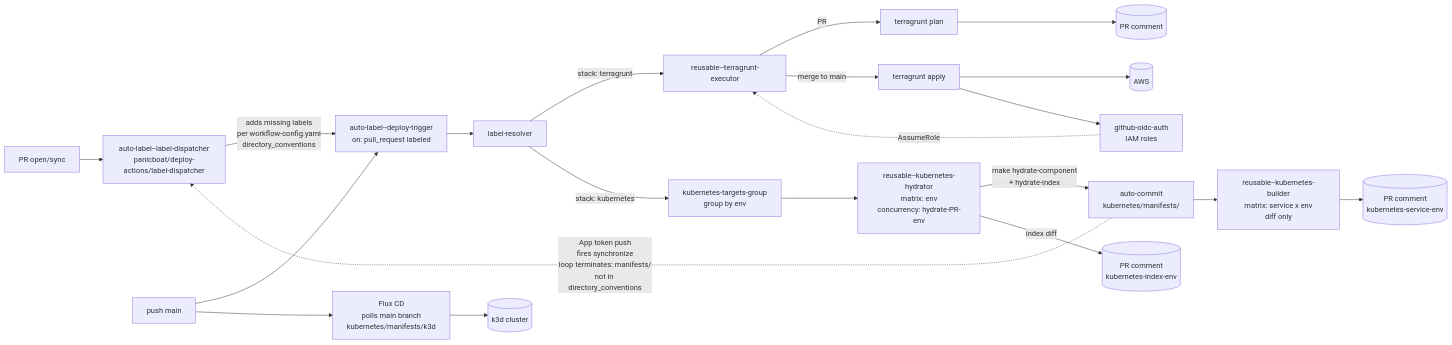
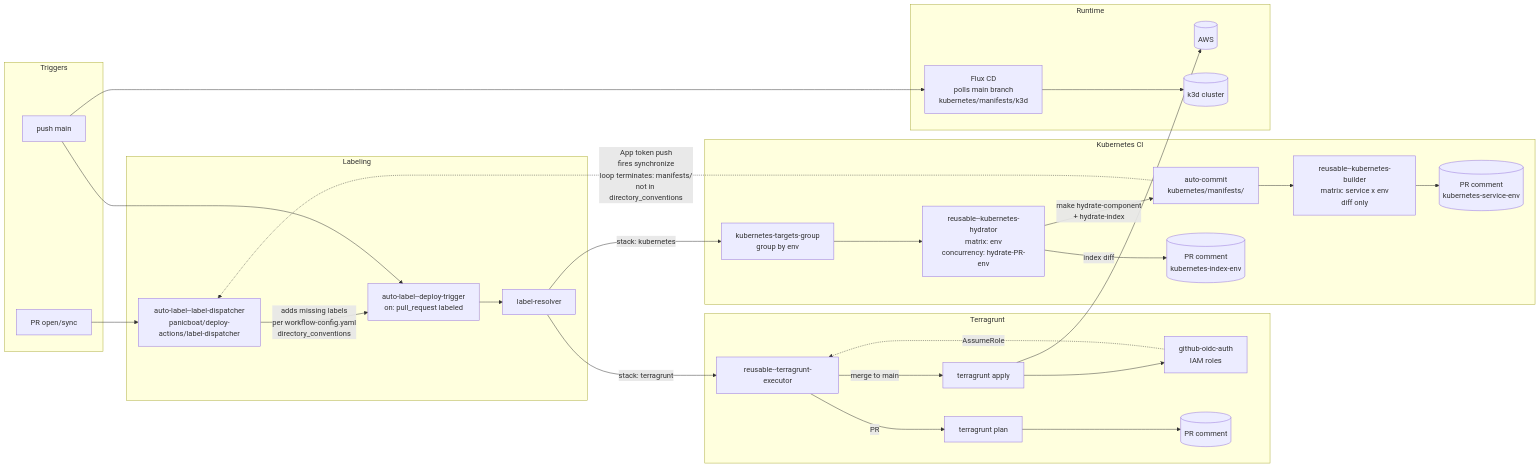
The diagram in README-ja.md (panicboat/platform), drawn with Mermaid before and after one commit. The commit also changed 1 other file, not shown here.

Commit message:
docs(readme): group pipeline mermaid by stage with subgraphs

````diff
--- a/README-ja.md
+++ b/README-ja.md
@@ -55,23 +55,57 @@
 ```mermaid
 flowchart LR
-  PRevent[PR open/sync] --> Dispatcher[auto-label--label-dispatcher<br/>panicboat/deploy-actions/label-dispatcher]
-  Dispatcher -->|adds missing labels<br/>per workflow-config.yaml<br/>directory_conventions| Trigger[auto-label--deploy-trigger<br/>on: pull_request labeled]
-  Mainpush[push main] --> Trigger
-  Trigger --> Resolver[label-resolver]
-  Resolver -->|stack: terragrunt| TG[reusable--terragrunt-executor]
-  TG -->|PR| Plan[terragrunt plan]
-  TG -->|merge to main| Apply[terragrunt apply]
-  Plan --> PRComment[(PR comment)]
-  Apply --> AWS[(AWS)]
-  Apply --> OIDC[github-oidc-auth<br/>IAM roles]
+  subgraph Triggers
+    PRevent[PR open/sync]
+    Mainpush[push main]
+  end
+
+  subgraph Labeling
+    Dispatcher[auto-label--label-dispatcher<br/>panicboat/deploy-actions/label-dispatcher]
+    Trigger[auto-label--deploy-trigger<br/>on: pull_request labeled]
+    Resolver[label-resolver]
+  end
+
+  subgraph Terragrunt
+    TG[reusable--terragrunt-executor]
+    Plan[terragrunt plan]
+    Apply[terragrunt apply]
+    OIDC[github-oidc-auth<br/>IAM roles]
+    PRComment[(PR comment)]
+  end
+
+  subgraph KubernetesCI [Kubernetes CI]
+    Group[kubernetes-targets-group<br/>group by env]
+    Hydrator[reusable--kubernetes-hydrator<br/>matrix: env<br/>concurrency: hydrate-PR-env]
+    Commit[auto-commit<br/>kubernetes/manifests/]
+    Builder[reusable--kubernetes-builder<br/>matrix: service x env<br/>diff only]
+    IndexComment[(PR comment<br/>kubernetes-index-env)]
+    CompComment[(PR comment<br/>kubernetes-service-env)]
+  end
+
+  subgraph Runtime
+    AWS[(AWS)]
+    FluxCD[Flux CD<br/>polls main branch<br/>kubernetes/manifests/k3d]
+    Cluster[(k3d cluster)]
+  end
+
+  PRevent --> Dispatcher
+  Dispatcher -->|adds missing labels<br/>per workflow-config.yaml<br/>directory_conventions| Trigger
+  Mainpush --> Trigger
+  Trigger --> Resolver
+  Resolver -->|stack: terragrunt| TG
+  TG -->|PR| Plan
+  TG -->|merge to main| Apply
+  Plan --> PRComment
+  Apply --> AWS
+  Apply --> OIDC
   OIDC -.->|AssumeRole| TG
-  Resolver -->|stack: kubernetes| Group[kubernetes-targets-group<br/>group by env]
-  Group --> Hydrator[reusable--kubernetes-hydrator<br/>matrix: env<br/>concurrency: hydrate-PR-env]
-  Hydrator -->|make hydrate-component<br/>+ hydrate-index| Commit[auto-commit<br/>kubernetes/manifests/]
-  Hydrator -->|index diff| IndexComment[(PR comment<br/>kubernetes-index-env)]
-  Commit --> Builder[reusable--kubernetes-builder<br/>matrix: service x env<br/>diff only]
-  Builder --> CompComment[(PR comment<br/>kubernetes-service-env)]
-  Mainpush --> FluxCD[Flux CD<br/>polls main branch<br/>kubernetes/manifests/k3d]
-  FluxCD --> Cluster[(k3d cluster)]
+  Resolver -->|stack: kubernetes| Group
+  Group --> Hydrator
+  Hydrator -->|make hydrate-component<br/>+ hydrate-index| Commit
+  Hydrator -->|index diff| IndexComment
+  Commit --> Builder
+  Builder --> CompComment
+  Mainpush --> FluxCD
+  FluxCD --> Cluster
   Commit -.->|App token push<br/>fires synchronize<br/>loop terminates: manifests/<br/>not in directory_conventions| Dispatcher
 ```
````
